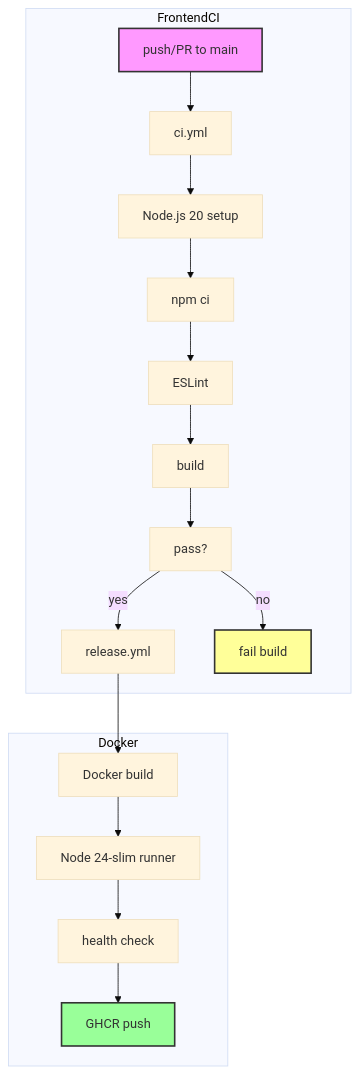
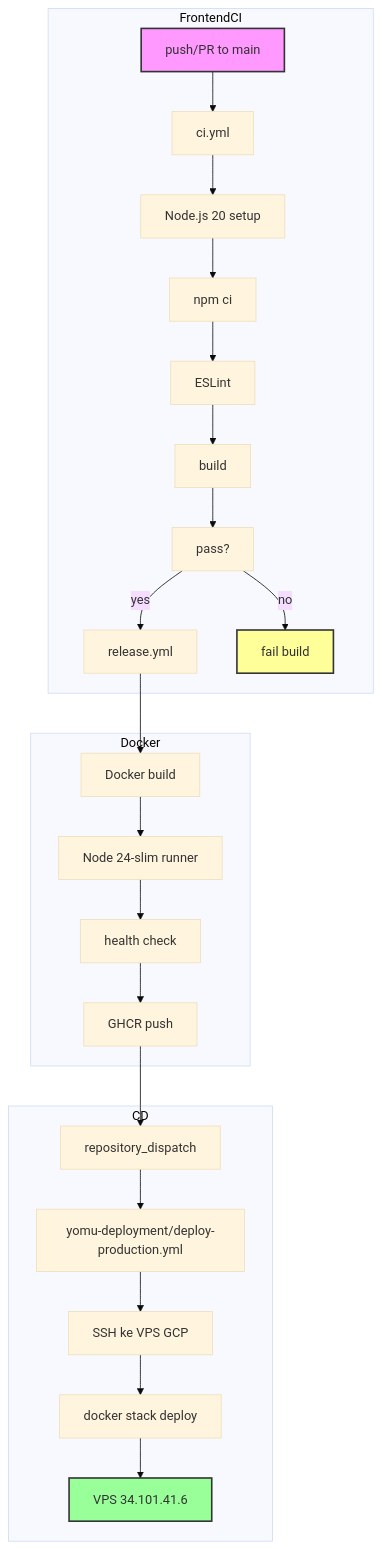
The diagram in content/docs/cicd/frontend-pipeline.mdx (advprog-2026-A14-project/yomu-docs), drawn with Mermaid (base theme) before and after one commit. The commit also changed other lines of this file and 10 other files, not shown here.

````diff
--- a/content/docs/cicd/frontend-pipeline.mdx
+++ b/content/docs/cicd/frontend-pipeline.mdx
@@ -9,24 +8,32 @@
 ```mermaid
 flowchart TD
     subgraph FrontendCI
         A[push/PR to main] --> B[ci.yml]
         B --> B1[Node.js 20 setup]
         B1 --> B2[npm ci]
         B2 --> B3[ESLint]
         B3 --> B4[build]
         B4 --> B5[pass?]
         B5 -->|yes| C[release.yml]
         B5 -->|no| FAIL[fail build]
     end
 
     subgraph Docker
         C --> C1[Docker build]
         C1 --> C2[Node 24-slim runner]
         C2 --> C3[health check]
         C3 --> C4[GHCR push]
     end
 
+    subgraph CD
+        C4 --> D[repository_dispatch]
+        D --> D1[yomu-deployment/deploy-production.yml]
+        D1 --> D2[SSH ke VPS GCP]
+        D2 --> D3[docker stack deploy]
+        D3 --> D4[VPS 34.101.41.6]
+    end
+
     style A fill:#f9f,stroke:#333,stroke-width:2px
     style FAIL fill:#ff9,stroke:#333,stroke-width:2px
-    style C4 fill:#9f9,stroke:#333,stroke-width:2px
+    style D4 fill:#9f9,stroke:#333,stroke-width:2px
 ```
````
